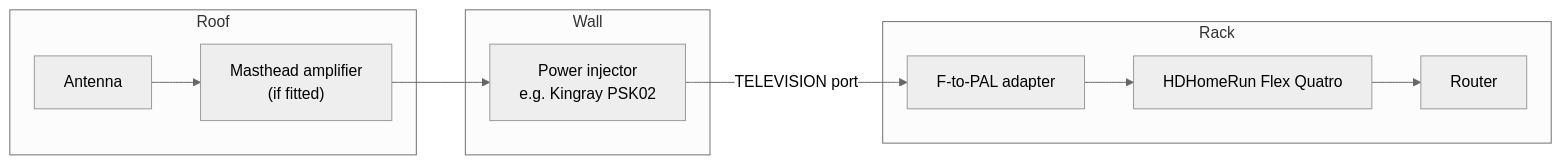
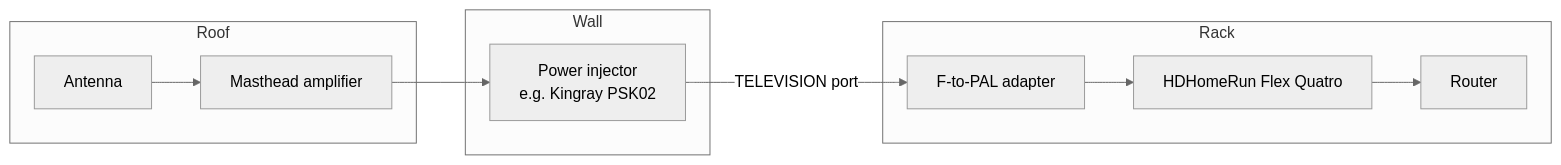
One commit to furey/freetvarr changed the second of 2 diagrams in docs/guide/hardware.md. Above: the diagram before and after it, drawn with Mermaid (neutral theme). The commit also changed other lines of this file, not shown here.

````diff
--- a/docs/guide/hardware.md
+++ b/docs/guide/hardware.md
@@ -55,17 +74,17 @@
 ```mermaid
 flowchart LR
   subgraph roof["Roof"]
     ant["Antenna"]
-    amp["Masthead amplifier<br>(if fitted)"]
+    amp["Masthead amplifier"]
   end
   subgraph wall["Wall"]
     inj["Power injector<br>e.g. Kingray PSK02"]
   end
   subgraph rack["Rack"]
     adapt["F-to-PAL adapter"]
     hdhr["HDHomeRun Flex Quatro"]
     router["Router"]
   end
   ant --> amp --> inj
   inj -->|"TELEVISION port"| adapt --> hdhr --> router
 ```
````
